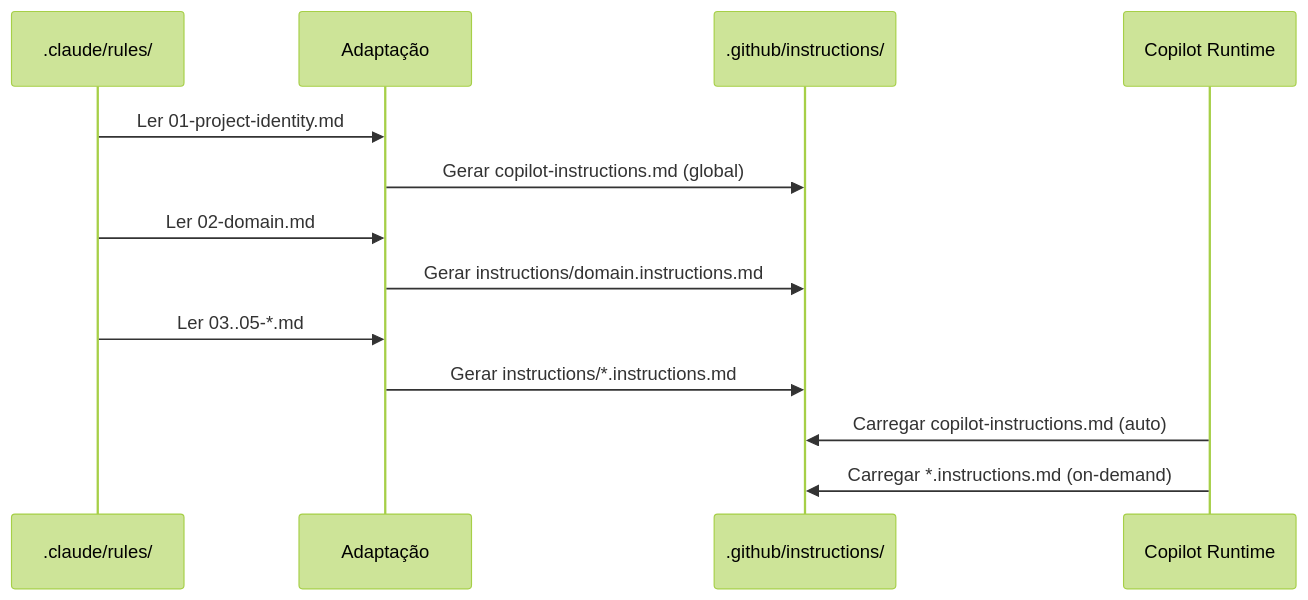
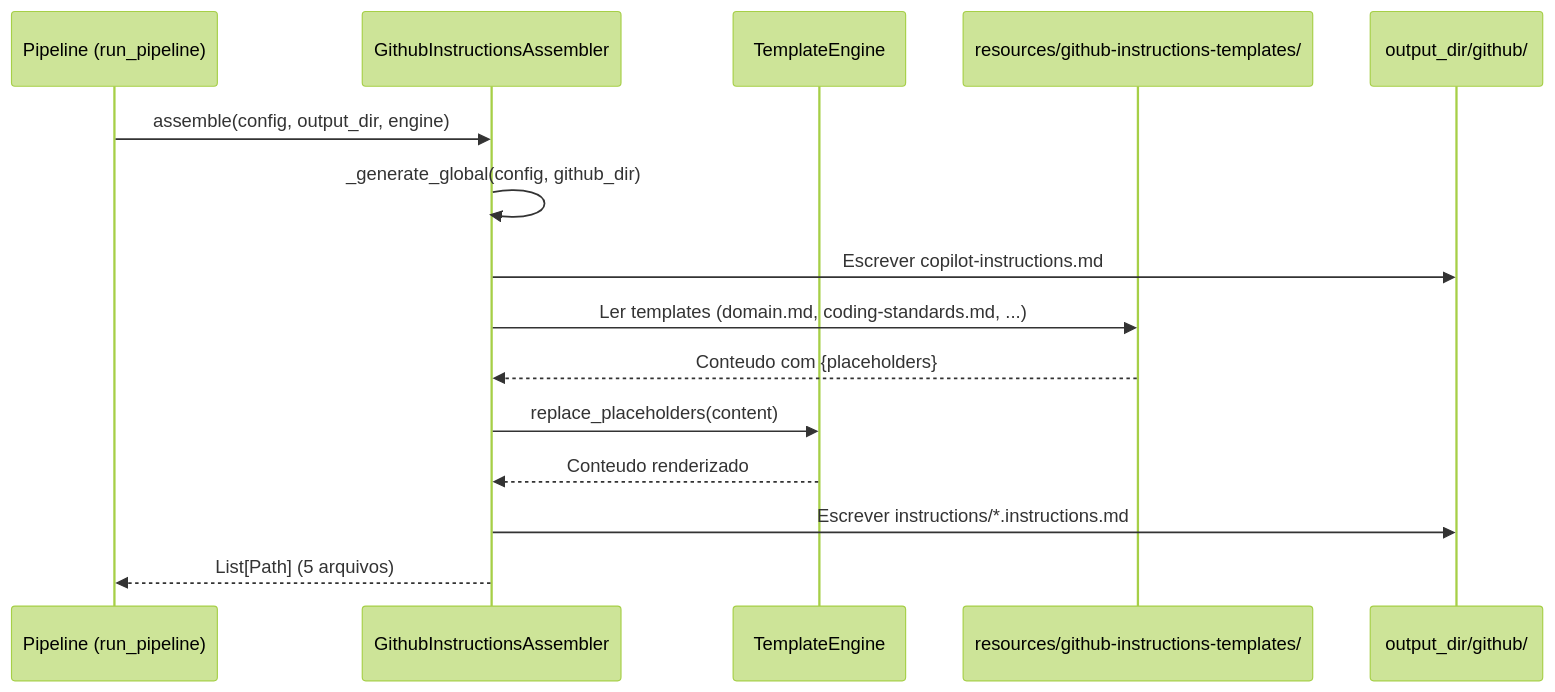
One commit to edercnj/ia-dev-environment changed the diagram in docs/stories/github-structure/STORY-001.md. Above: the diagram before and after it, drawn with Mermaid (forest theme). The commit also changed other lines of this file and 14 other files, not shown here.

First line of the commit message:
docs: rewrite stories to reference Python generator architecture

````diff
--- a/docs/stories/github-structure/STORY-001.md
+++ b/docs/stories/github-structure/STORY-001.md
@@ -94,16 +112,18 @@
 ```mermaid
 sequenceDiagram
-    participant R as .claude/rules/
-    participant A as Adaptação
-    participant G as .github/instructions/
-    participant C as Copilot Runtime
+    participant P as Pipeline (run_pipeline)
+    participant A as GithubInstructionsAssembler
+    participant E as TemplateEngine
+    participant T as resources/github-instructions-templates/
+    participant O as output_dir/github/
 
-    R->>A: Ler 01-project-identity.md
-    A->>G: Gerar copilot-instructions.md (global)
-    R->>A: Ler 02-domain.md
-    A->>G: Gerar instructions/domain.instructions.md
-    R->>A: Ler 03..05-*.md
-    A->>G: Gerar instructions/*.instructions.md
-    C->>G: Carregar copilot-instructions.md (auto)
-    C->>G: Carregar *.instructions.md (on-demand)
+    P->>A: assemble(config, output_dir, engine)
+    A->>A: _generate_global(config, github_dir)
+    A->>O: Escrever copilot-instructions.md
+    A->>T: Ler templates (domain.md, coding-standards.md, ...)
+    T-->>A: Conteudo com {placeholders}
+    A->>E: replace_placeholders(content)
+    E-->>A: Conteudo renderizado
+    A->>O: Escrever instructions/*.instructions.md
+    A-->>P: List[Path] (5 arquivos)
 ```
````
